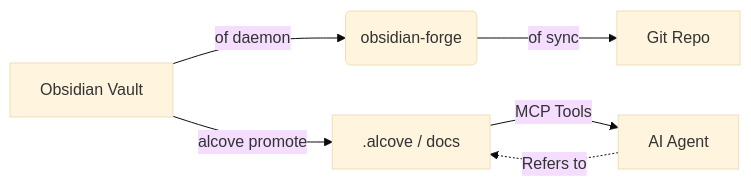
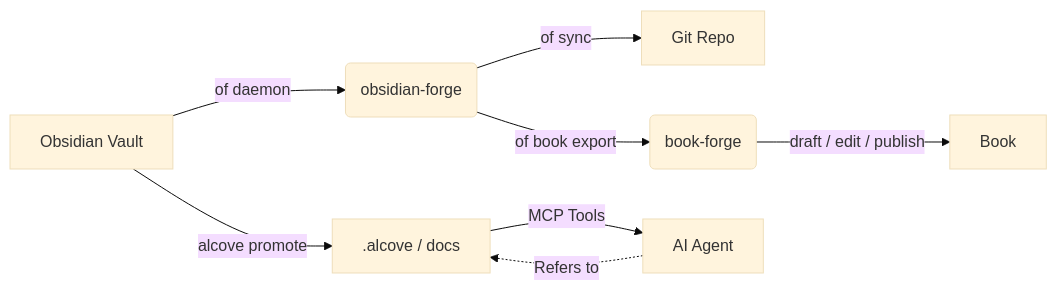
One commit to epicsagas/obsidian-forge changed the diagram in README.md. Above: the diagram before and after it, drawn with Mermaid (base theme). The commit also changed other lines of this file and 9 other files, not shown here.

Commit message:
docs(ecosystem): add book-forge integration guide across all languages

````diff
--- a/README.md
+++ b/README.md
@@ -352,8 +353,10 @@
 ```mermaid
 graph LR
     A[Obsidian Vault] -->|of daemon| B(obsidian-forge)
     B -->|of sync| C[Git Repo]
     A -->|alcove promote| D[.alcove / docs]
     D -->|MCP Tools| E[AI Agent]
     E -.->|Refers to| D
+    B -->|of book export| F(book-forge)
+    F -->|draft / edit / publish| G[Book]
 ```
````
